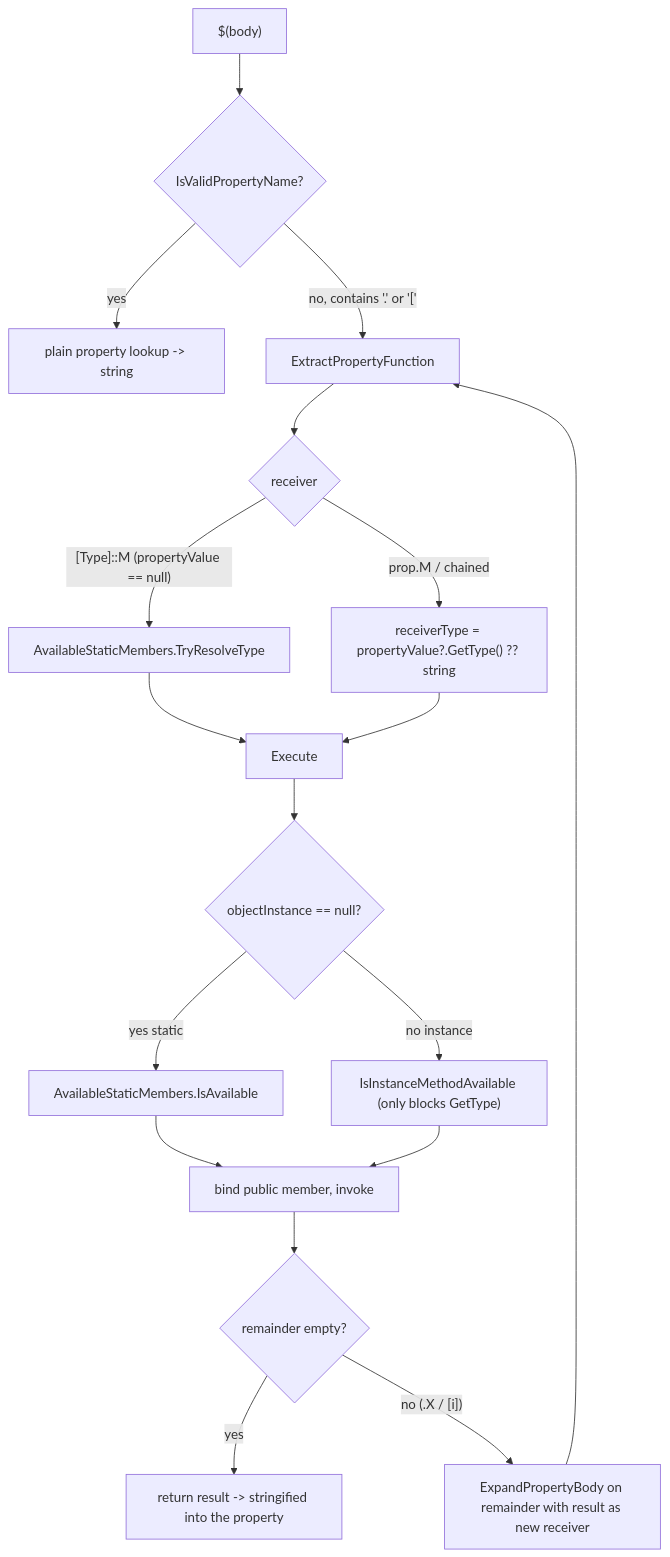
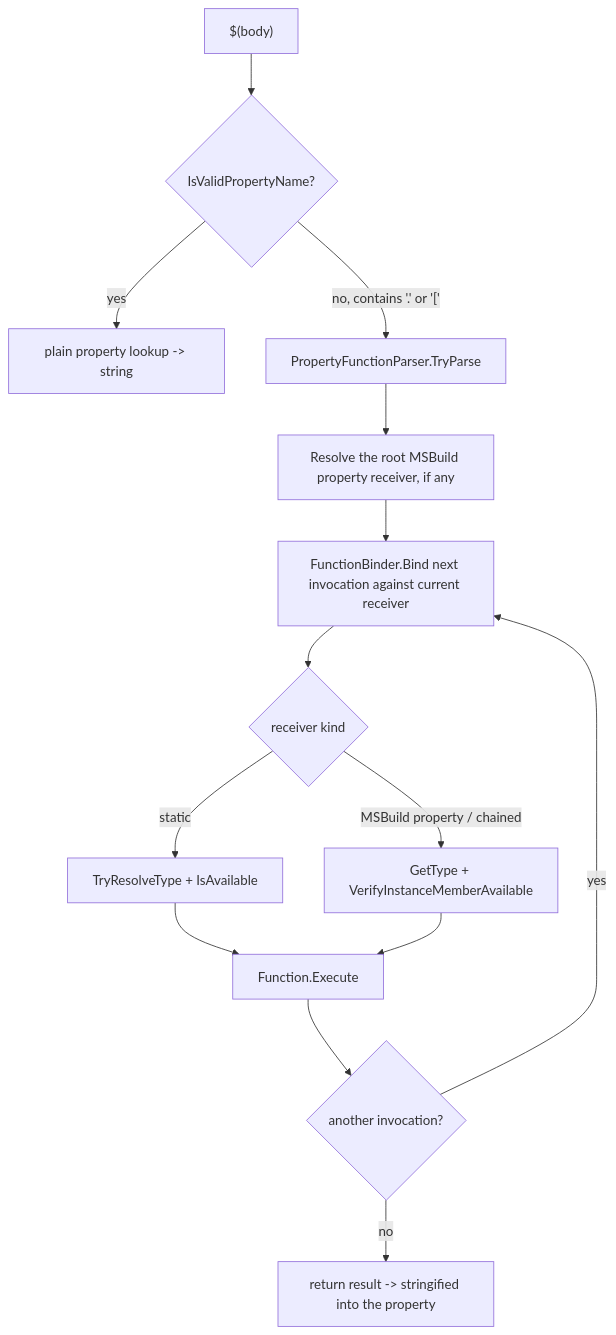
The diagram in documentation/aot/property-functions-reachability.md (DustinCampbell/msbuild), drawn with Mermaid before and after one commit. The commit also changed other lines of this file and 21 other files, not shown here.

First line of the commit message:
Integrate property function parser

````diff
--- a/documentation/aot/property-functions-reachability.md
+++ b/documentation/aot/property-functions-reachability.md
@@ -71,20 +73,16 @@
 ```mermaid
 flowchart TD
     A["$(body)"] --> B{IsValidPropertyName?}
     B -->|yes| P[plain property lookup -> string]
-    B -->|"no, contains '.' or '['"| C[ExtractPropertyFunction]
-    C --> D{receiver}
-    D -->|"[Type]::M (propertyValue == null)"| E[AvailableStaticMembers.TryResolveType]
-    D -->|"prop.M / chained"| F["receiverType = propertyValue?.GetType() ?? string"]
-    E --> G[Execute]
-    F --> G[Execute]
-    G --> H{objectInstance == null?}
-    H -->|yes static| I[AvailableStaticMembers.IsAvailable]
-    H -->|no instance| J["IsInstanceMethodAvailable (only blocks GetType)"]
-    I --> K[bind public member, invoke]
-    J --> K
-    K --> L{remainder empty?}
-    L -->|yes| M[return result -> stringified into the property]
-    L -->|"no (.X / [i])"| C2[ExpandPropertyBody on remainder with result as new receiver]
-    C2 --> C
+    B -->|"no, contains '.' or '['"| C["PropertyFunctionParser.TryParse"]
+    C --> R["Resolve the root MSBuild property receiver, if any"]
+    R --> BIND["FunctionBinder.Bind next invocation against current receiver"]
+    BIND --> D{receiver kind}
+    D -->|static| E["TryResolveType + IsAvailable"]
+    D -->|"MSBuild property / chained"| F["GetType + VerifyInstanceMemberAvailable"]
+    E --> G[Function.Execute]
+    F --> G
+    G --> H{another invocation?}
+    H -->|yes| BIND
+    H -->|no| M[return result -> stringified into the property]
 ```
````
